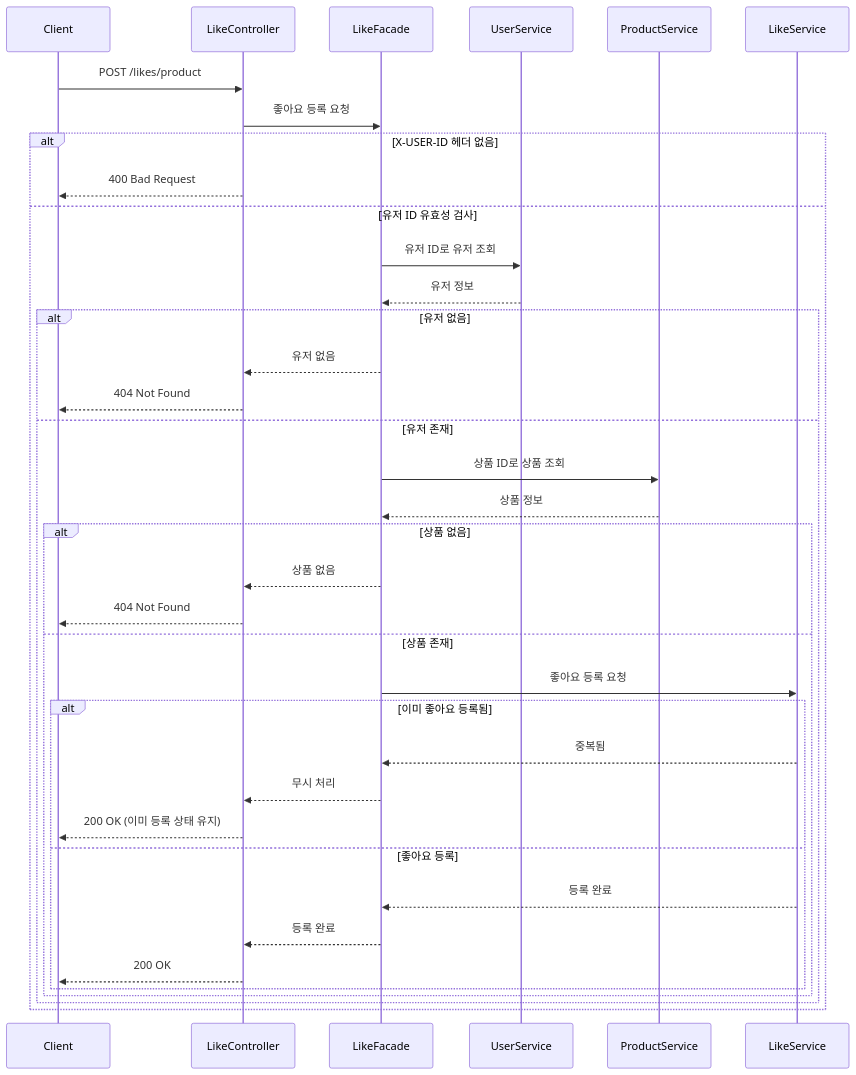
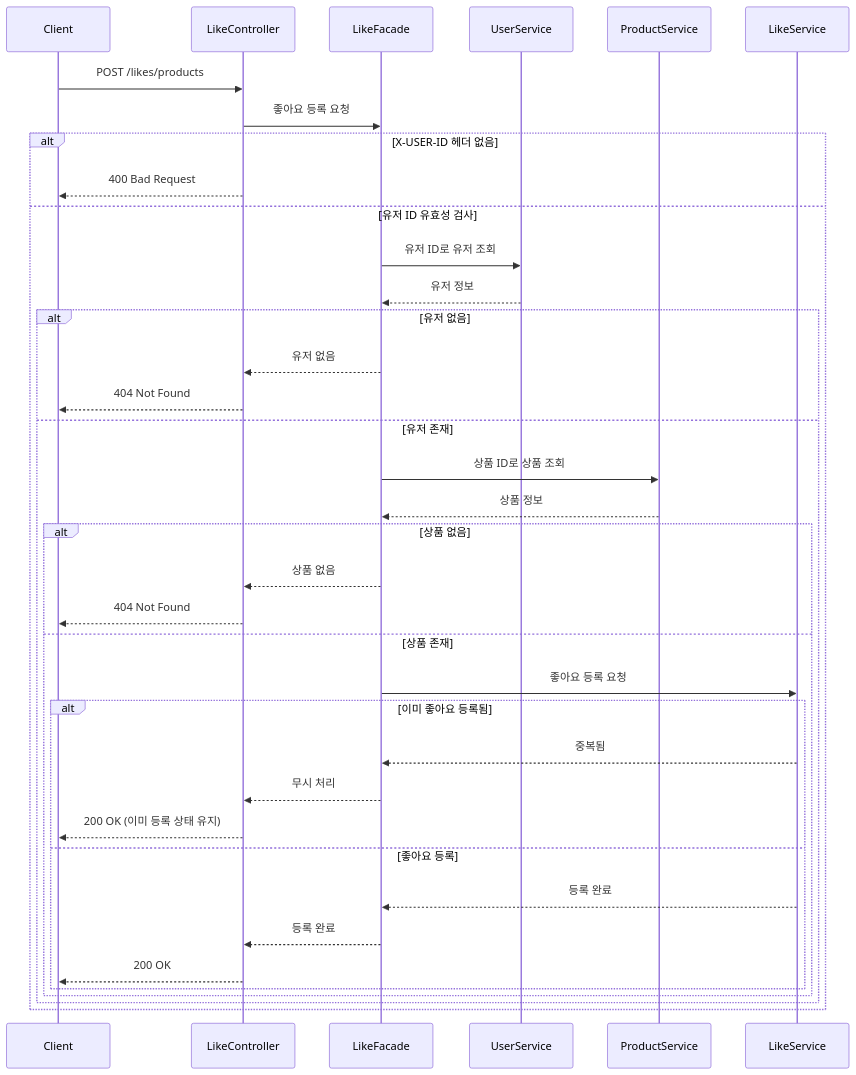
The eighth of 15 diagrams in docs/design/02-sequence-diagrams.md (HYEONMIN94/loopers-spring-kotlin-template), drawn with Mermaid before and after one commit. The commit also changed other lines of this file and 1 other file, not shown here.

````diff
--- a/docs/design/02-sequence-diagrams.md
+++ b/docs/design/02-sequence-diagrams.md
@@ -262,44 +258,44 @@
 ```mermaid
 sequenceDiagram
     participant Client
     participant LikeController
     participant LikeFacade
     participant UserService
     participant ProductService
     participant LikeService
 
-    Client->>LikeController: POST /likes/product
+    Client->>LikeController: POST /likes/products
     LikeController->>LikeFacade: 좋아요 등록 요청
 
     alt X-USER-ID 헤더 없음
         LikeController-->>Client: 400 Bad Request
     else 유저 ID 유효성 검사
         LikeFacade->>UserService: 유저 ID로 유저 조회
         UserService-->>LikeFacade: 유저 정보
 
         alt 유저 없음
             LikeFacade-->>LikeController: 유저 없음
             LikeController-->>Client: 404 Not Found
         else 유저 존재
             LikeFacade->>ProductService: 상품 ID로 상품 조회
             ProductService-->>LikeFacade: 상품 정보
 
             alt 상품 없음
                 LikeFacade-->>LikeController: 상품 없음
                 LikeController-->>Client: 404 Not Found
             else 상품 존재
                 LikeFacade->>LikeService: 좋아요 등록 요청
 
                 alt 이미 좋아요 등록됨
                     LikeService-->>LikeFacade: 중복됨
                     LikeFacade-->>LikeController: 무시 처리
                     LikeController-->>Client: 200 OK (이미 등록 상태 유지)
                 else 좋아요 등록
                     LikeService-->>LikeFacade: 등록 완료
                     LikeFacade-->>LikeController: 등록 완료
                     LikeController-->>Client: 200 OK
                 end
             end
         end
     end
 ```
````
